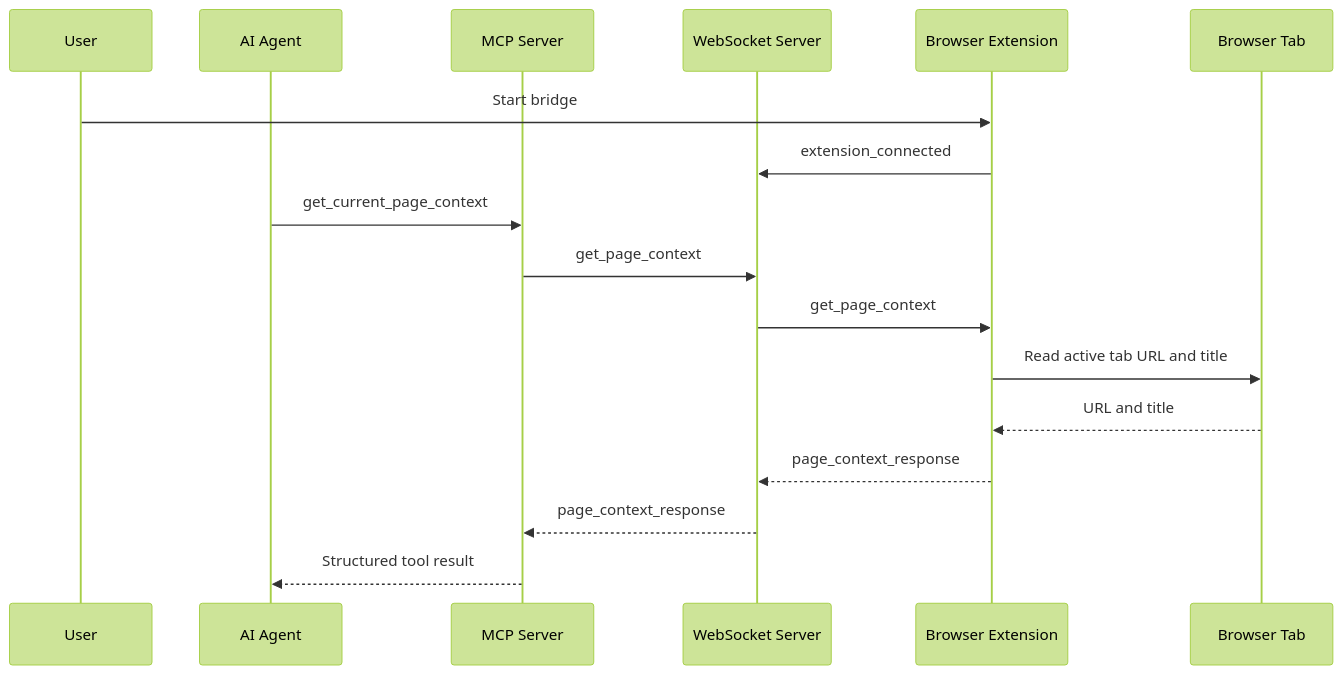
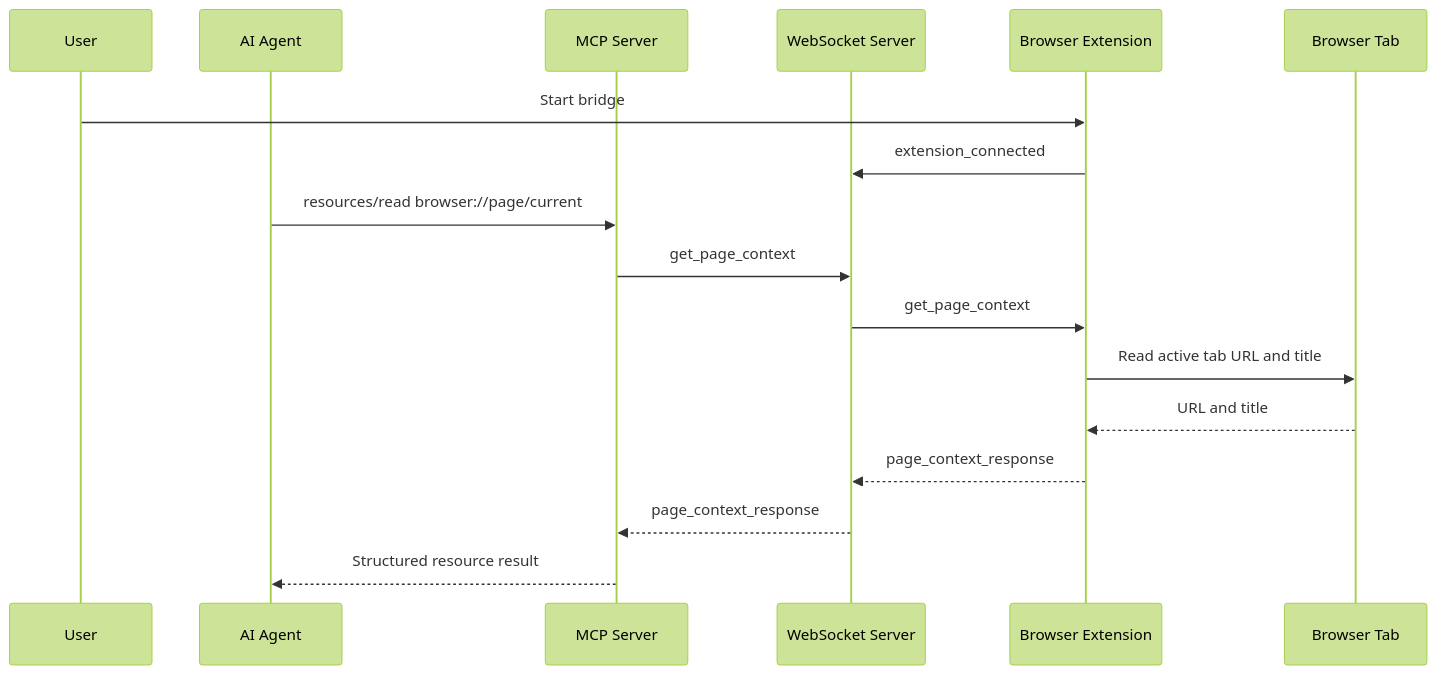
One commit to redvex/brijio changed the second of 2 diagrams in README.md. Above: the diagram before and after it, drawn with Mermaid (forest theme). The commit also changed other lines of this file and 10 other files, not shown here.

Commit message:
Expose page context as MCP resource

````diff
--- a/README.md
+++ b/README.md
@@ -112,20 +112,20 @@
 ```mermaid
 sequenceDiagram
   participant User
   participant Agent as AI Agent
   participant MCP as MCP Server
   participant WS as WebSocket Server
   participant Ext as Browser Extension
   participant Tab as Browser Tab
 
   User->>Ext: Start bridge
   Ext->>WS: extension_connected
-  Agent->>MCP: get_current_page_context
+  Agent->>MCP: resources/read browser://page/current
   MCP->>WS: get_page_context
   WS->>Ext: get_page_context
   Ext->>Tab: Read active tab URL and title
   Tab-->>Ext: URL and title
   Ext-->>WS: page_context_response
   WS-->>MCP: page_context_response
-  MCP-->>Agent: Structured tool result
+  MCP-->>Agent: Structured resource result
 ```
````
